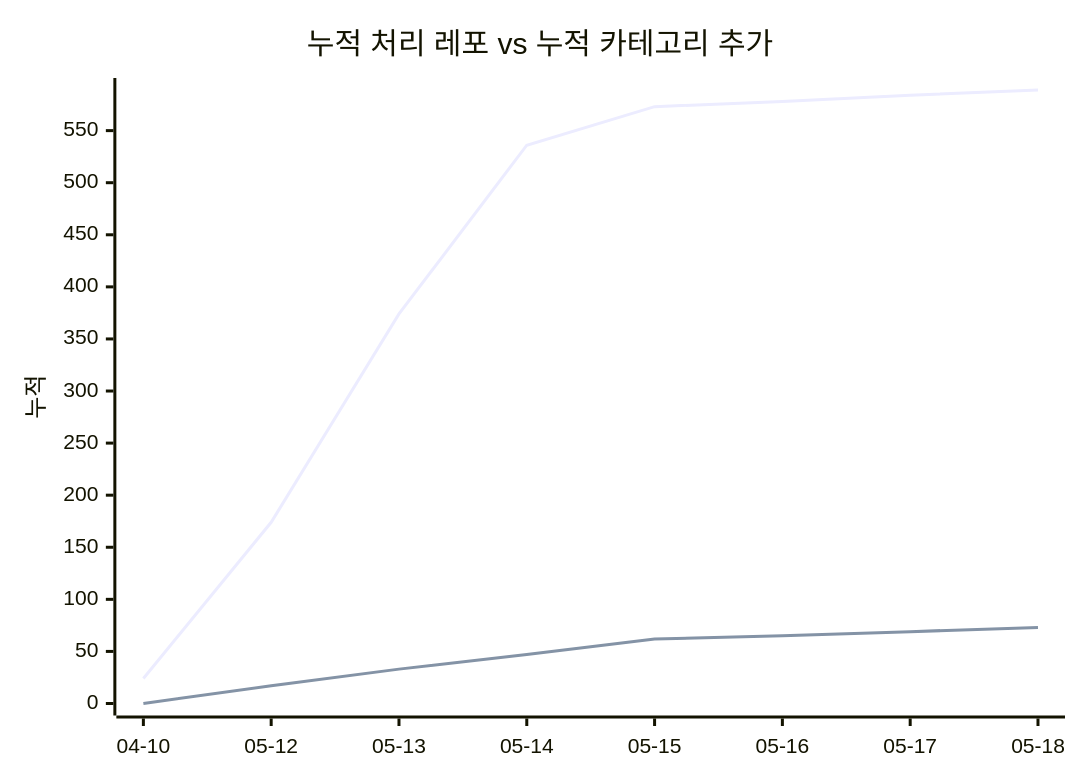
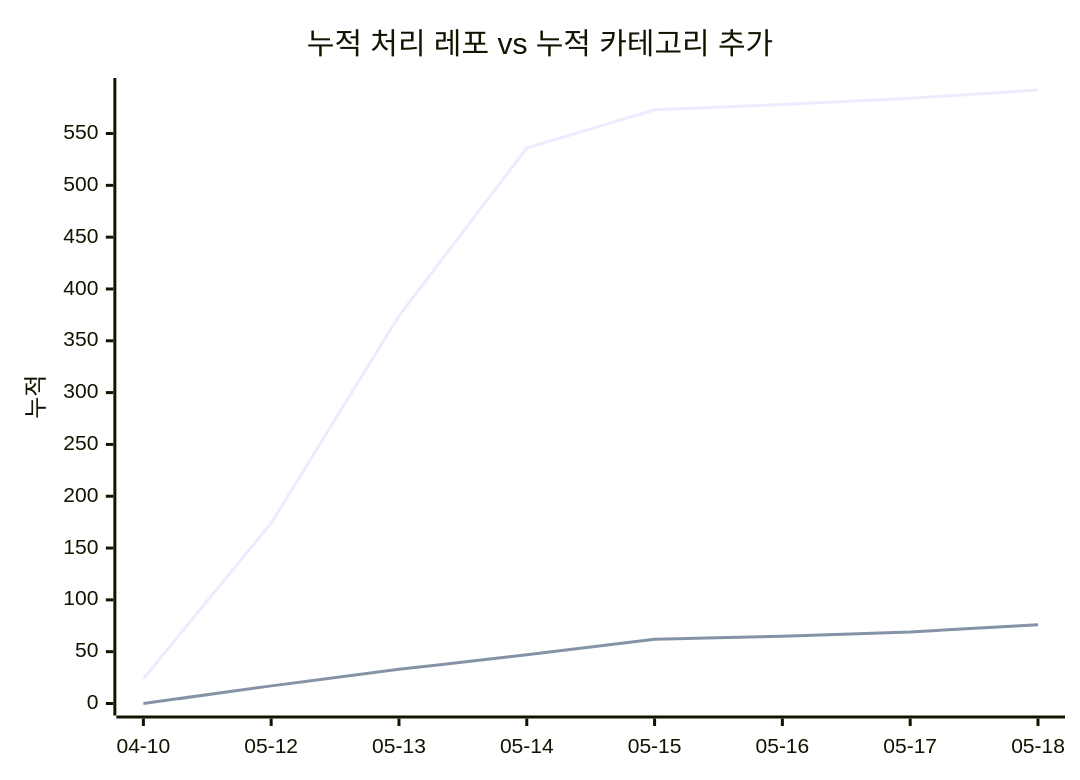
Before and after one commit to J-nowcow/awesome-korean-agent-skills: the second of 2 diagrams in docs/trends.md, drawn with Mermaid. The commit also changed other lines of this file and 6 other files, not shown here.

````diff
--- a/docs/trends.md
+++ b/docs/trends.md
@@ -62,8 +62,8 @@
 ```mermaid
 xychart-beta
     title "누적 처리 레포 vs 누적 카테고리 추가"
     x-axis ["04-10","05-12","05-13","05-14","05-15","05-16","05-17","05-18"]
     y-axis "누적"
-    line [24,174,374,536,573,578,584,589]
-    line [0,17,33,47,62,65,69,73]
+    line [24,174,374,536,573,578,584,592]
+    line [0,17,33,47,62,65,69,76]
 ```
````
